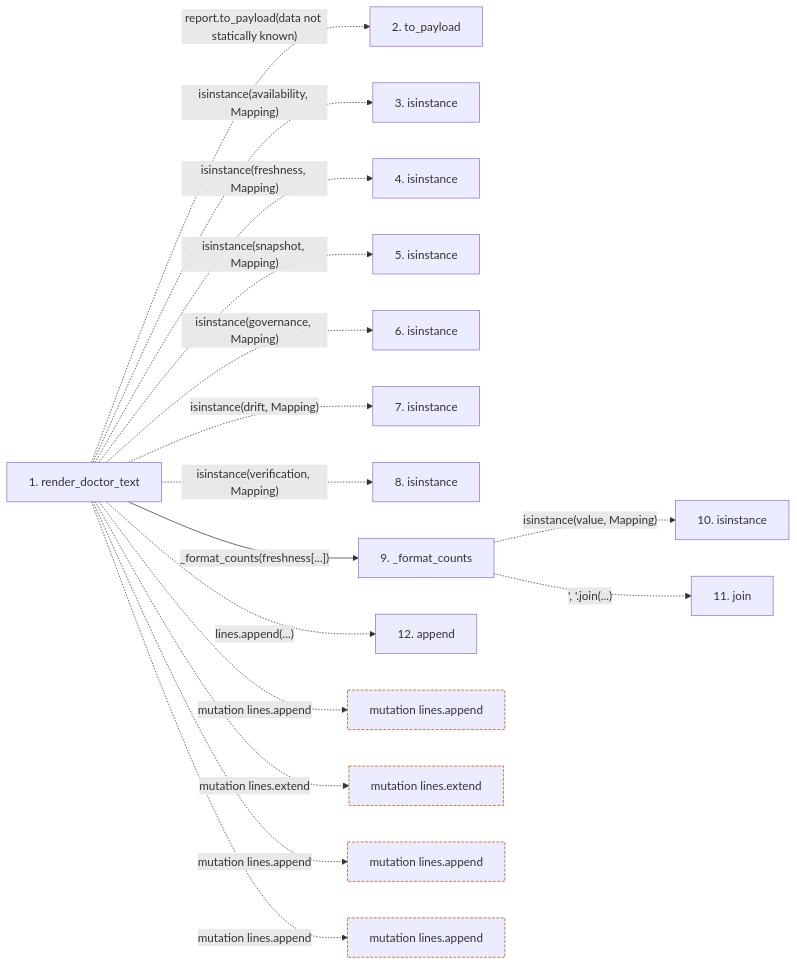
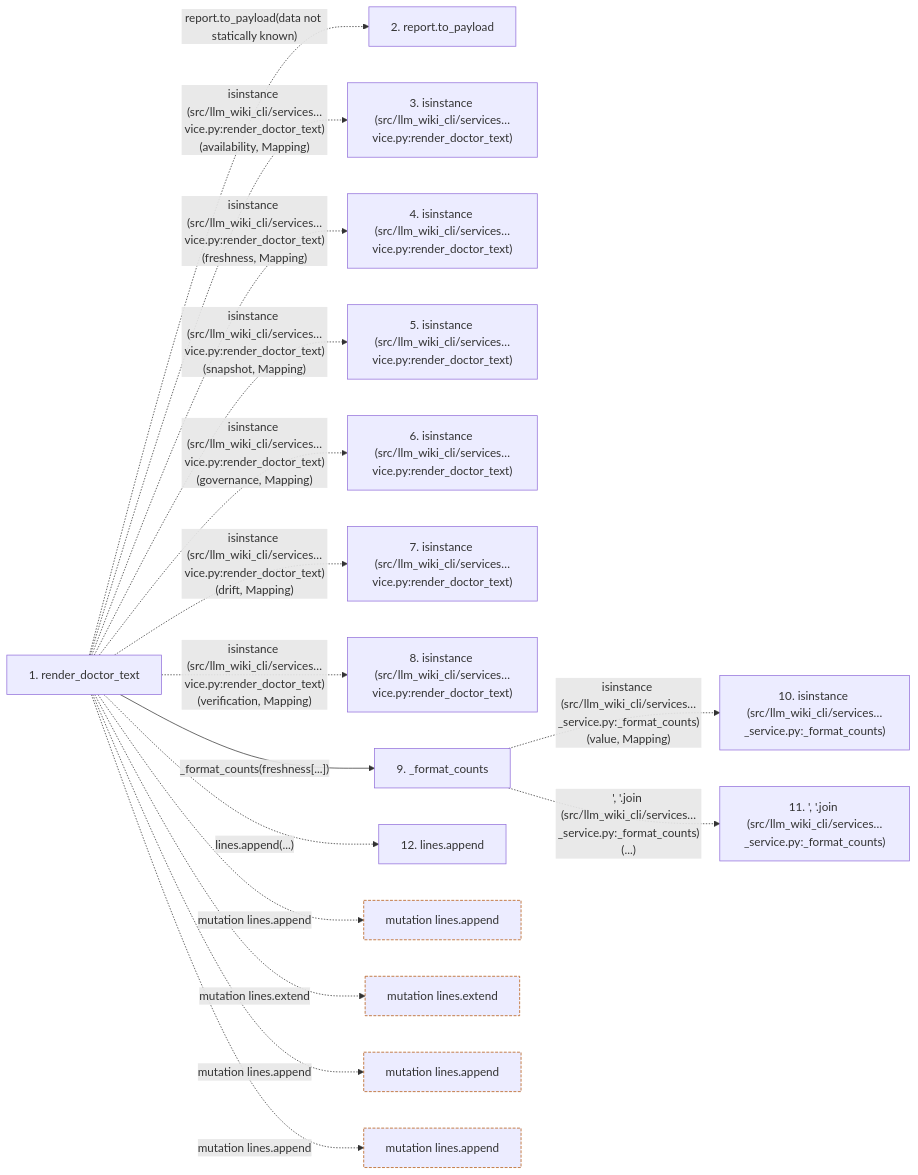
The second of 2 diagrams in docs/llm_wiki/flows/api-render_doctor_text.md (Denissvgn/python-wiki-llm), drawn with Mermaid before and after one commit. The commit also changed other lines of this file and 719 other files, not shown here.

````diff
--- a/docs/llm_wiki/flows/api-render_doctor_text.md
+++ b/docs/llm_wiki/flows/api-render_doctor_text.md
@@ -41,41 +44,41 @@
 ```mermaid
 flowchart LR
     s1["1. render_doctor_text"]
-    s2["2. to_payload"]
-    s3["3. isinstance"]
-    s4["4. isinstance"]
-    s5["5. isinstance"]
-    s6["6. isinstance"]
-    s7["7. isinstance"]
-    s8["8. isinstance"]
+    s2["2. report.to_payload"]
+    s3["3. isinstance (src/llm_wiki_cli/services…vice.py:render_doctor_text)"]
+    s4["4. isinstance (src/llm_wiki_cli/services…vice.py:render_doctor_text)"]
+    s5["5. isinstance (src/llm_wiki_cli/services…vice.py:render_doctor_text)"]
+    s6["6. isinstance (src/llm_wiki_cli/services…vice.py:render_doctor_text)"]
+    s7["7. isinstance (src/llm_wiki_cli/services…vice.py:render_doctor_text)"]
+    s8["8. isinstance (src/llm_wiki_cli/services…vice.py:render_doctor_text)"]
     s9["9. _format_counts"]
-    s10["10. isinstance"]
-    s11["11. join"]
-    s12["12. append"]
+    s10["10. isinstance (src/llm_wiki_cli/services…_service.py:_format_counts)"]
+    s11["11. ', '.join (src/llm_wiki_cli/services…_service.py:_format_counts)"]
+    s12["12. lines.append"]
     s1 -. "report.to_payload(data not statically known)" .-> s2
-    s1 -. "isinstance(availability, Mapping)" .-> s3
-    s1 -. "isinstance(freshness, Mapping)" .-> s4
-    s1 -. "isinstance(snapshot, Mapping)" .-> s5
-    s1 -. "isinstance(governance, Mapping)" .-> s6
-    s1 -. "isinstance(drift, Mapping)" .-> s7
-    s1 -. "isinstance(verification, Mapping)" .-> s8
+    s1 -. "isinstance (src/llm_wiki_cli/services…vice.py:render_doctor_text)(availability, Mapping)" .-> s3
+    s1 -. "isinstance (src/llm_wiki_cli/services…vice.py:render_doctor_text)(freshness, Mapping)" .-> s4
+    s1 -. "isinstance (src/llm_wiki_cli/services…vice.py:render_doctor_text)(snapshot, Mapping)" .-> s5
+    s1 -. "isinstance (src/llm_wiki_cli/services…vice.py:render_doctor_text)(governance, Mapping)" .-> s6
+    s1 -. "isinstance (src/llm_wiki_cli/services…vice.py:render_doctor_text)(drift, Mapping)" .-> s7
+    s1 -. "isinstance (src/llm_wiki_cli/services…vice.py:render_doctor_text)(verification, Mapping)" .-> s8
     s1 -->|"_format_counts(freshness[...])"| s9
-    s9 -. "isinstance(value, Mapping)" .-> s10
-    s9 -. "', '.join(...)" .-> s11
+    s9 -. "isinstance (src/llm_wiki_cli/services…_service.py:_format_counts)(value, Mapping)" .-> s10
+    s9 -. "', '.join (src/llm_wiki_cli/services…_service.py:_format_counts)(...)" .-> s11
     s1 -. "lines.append(...)" .-> s12
     b0["mutation lines.append"]
     s1 -. "mutation lines.append" .-> b0
     b1["mutation lines.extend"]
     s1 -. "mutation lines.extend" .-> b1
     b2["mutation lines.append"]
     s1 -. "mutation lines.append" .-> b2
     b3["mutation lines.append"]
     s1 -. "mutation lines.append" .-> b3
     click s1 "../modules/doctor_service.md"
     click s9 "../modules/doctor_service.md"
     classDef boundary stroke:#b45309,stroke-dasharray: 4 2
     class b0 boundary
     class b1 boundary
     class b2 boundary
     class b3 boundary
 ```
````
